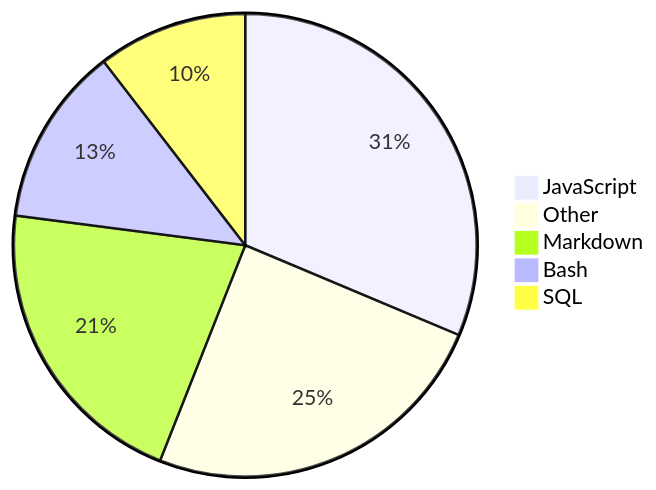
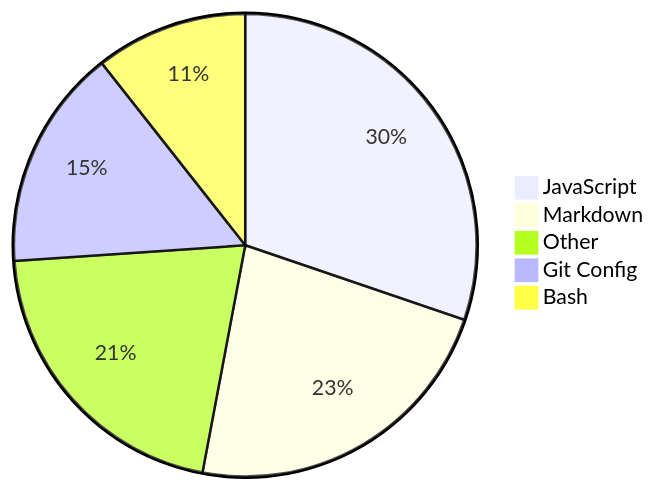
One commit to Alicia111/alicia111 changed the diagram in README.md. Above: the diagram before and after it, drawn with Mermaid.

Commit message:
Update WakaTime stats (・ω・)b

````diff
--- a/README.md
+++ b/README.md
@@ -32,8 +32,8 @@
 ```mermaid
 pie
-    "JavaScript" : 26.06
-    "Other" : 20.51
-    "Markdown" : 17.51
-    "Bash" : 10.4
-    "SQL" : 8.69
+    "JavaScript" : 24.5
+    "Markdown" : 18.43
+    "Other" : 16.99
+    "Git Config" : 12.53
+    "Bash" : 8.61
 ```
````
